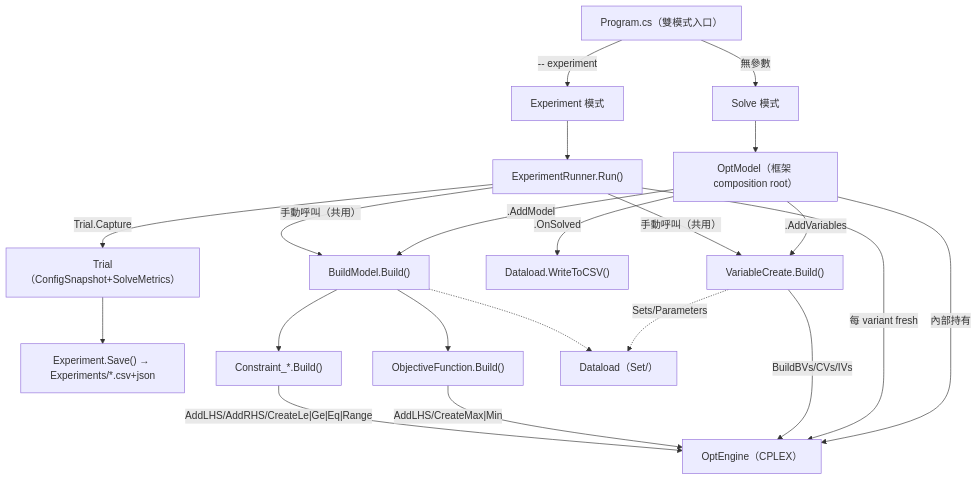
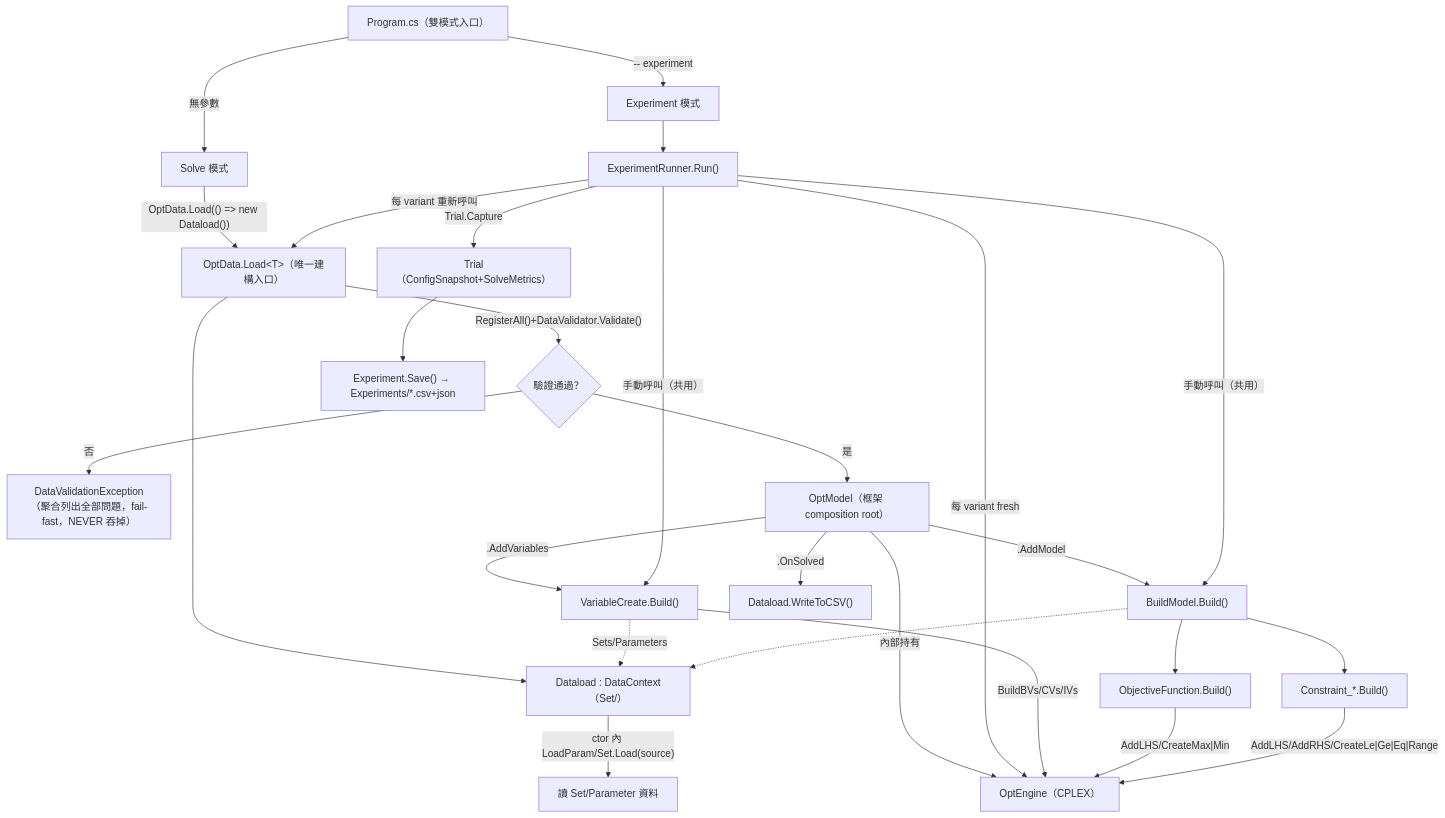
Before and after one commit to zxcbig7/LLMAutoModeling: the diagram in CodeMap.md, drawn with Mermaid. The commit also changed other lines of this file and 33 other files, not shown here.

````diff
--- a/CodeMap.md
+++ b/CodeMap.md
@@ -20,27 +22,34 @@
 ```mermaid
 graph TD
     Program["Program.cs（雙模式入口）"]
     Program -->|"無參數"| Solve["Solve 模式"]
     Program -->|"-- experiment"| Exp["Experiment 模式"]
 
-    Solve --> OptModel["OptModel（框架 composition root）"]
+    Solve -->|"OptData.Load(() => new Dataload())"| Load["OptData.Load&lt;T&gt;（唯一建構入口）"]
+    Load --> DL["Dataload : DataContext（Set/）"]
+    DL -->|"ctor 內 LoadParam/Set.Load(source)"| Read["讀 Set/Parameter 資料"]
+    Load -->|"RegisterAll()+DataValidator.Validate()"| Gate{"驗證通過？"}
+    Gate -->|"否"| Fail["DataValidationException（聚合列出全部問題，fail-fast，NEVER 吞掉）"]
+    Gate -->|"是"| OptModel["OptModel（框架 composition root）"]
+
     OptModel -->|".AddVariables"| VC["VariableCreate.Build()"]
     OptModel -->|".AddModel"| BM["BuildModel.Build()"]
     OptModel -->|".OnSolved"| WCSV["Dataload.WriteToCSV()"]
     OptModel -->|"內部持有"| Engine["OptEngine（CPLEX）"]
 
     Exp --> ER["ExperimentRunner.Run()"]
+    ER -->|"每 variant 重新呼叫"| Load
     ER -->|"每 variant fresh"| Engine
     ER -->|"手動呼叫（共用）"| VC
     ER -->|"手動呼叫（共用）"| BM
     ER -->|"Trial.Capture"| Trial["Trial（ConfigSnapshot+SolveMetrics）"]
     Trial --> Exp2["Experiment.Save() → Experiments/*.csv+json"]
 
     VC -->|"BuildBVs/CVs/IVs"| Engine
     BM --> OBJ["ObjectiveFunction.Build()"]
     BM --> CONS["Constraint_*.Build()"]
     OBJ -->|"AddLHS/CreateMax|Min"| Engine
     CONS -->|"AddLHS/AddRHS/CreateLe|Ge|Eq|Range"| Engine
-    VC -.->|"Sets/Parameters"| DL["Dataload（Set/）"]
+    VC -.->|"Sets/Parameters"| DL
     BM -.-> DL
 ```
````
